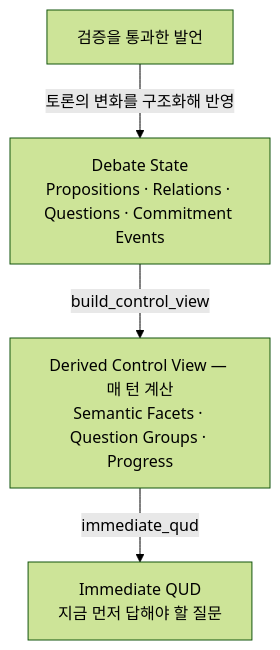
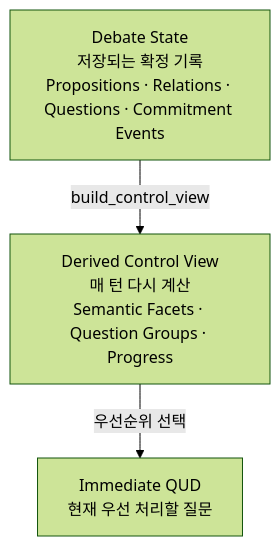
The fifth of 11 diagrams in README.md (hodob/A1-3), drawn with Mermaid (forest theme) before and after one commit. The commit also changed other lines of this file, not shown here.

Commit message:
docs: explain stored state versus derived control view

````diff
--- a/README.md
+++ b/README.md
@@ -237,11 +239,9 @@
 ```mermaid
 flowchart TD
-    A[검증을 통과한 발언]
-    S[Debate State<br/>Propositions · Relations · Questions · Commitment Events]
-    V[Derived Control View — 매 턴 계산<br/>Semantic Facets · Question Groups · Progress]
-    Q[Immediate QUD<br/>지금 먼저 답해야 할 질문]
+    S[Debate State<br/>저장되는 확정 기록<br/>Propositions · Relations · Questions · Commitment Events]
+    V[Derived Control View<br/>매 턴 다시 계산<br/>Semantic Facets · Question Groups · Progress]
+    Q[Immediate QUD<br/>현재 우선 처리할 질문]
 
-    A -->|토론의 변화를 구조화해 반영| S
     S -->|build_control_view| V
-    V -->|immediate_qud| Q
+    V -->|우선순위 선택| Q
 ```
````
